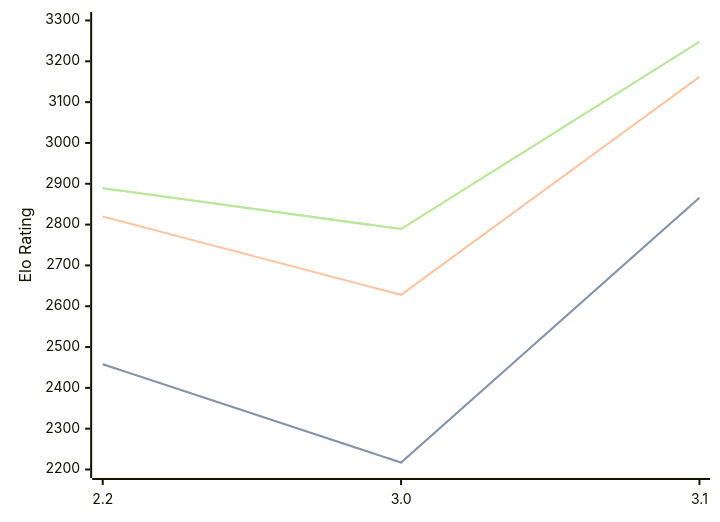
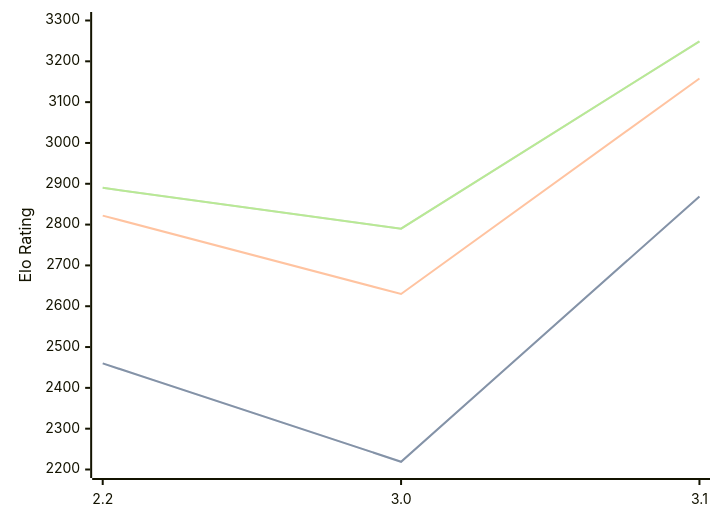
Before and after one commit to computer-chess-index/cci: the diagram in engines/Thrawn.md, drawn with Mermaid. The commit also changed other lines of this file, not shown here.

Commit message:
Update CCI Ratings (ELO VLTC) - 2026-07-24

````diff
--- a/engines/Thrawn.md
+++ b/engines/Thrawn.md
@@ -41,11 +41,11 @@
 ```mermaid
 %%{init: {"theme":"base","themeVariables":{"seriesColors:['#a3a3a3','#222221','#faa371']}}}%%
 xychart-beta
   x-axis ["2.2", "3.0", "3.1"]
   y-axis "Elo Rating" 2200 --> 3300
-  line "STC (8.0+0.08s)" [2458, 2217, 2866]
-  line "STC (8.0+0.08s)" [2458, 2217, 2866]
-  line "LTC (60.0+0.60s)" [2820, 2628, 3162]
-  line "VLTC (2m24s+1.12s)" [2889, 2789, 3248]
-  line "VLTC (2m24s+1.12s)" [2889, 2789, 3248]
+  line "STC (8.0+0.08s)" [2460, 2219, 2869]
+  line "STC (8.0+0.08s)" [2460, 2219, 2869]
+  line "LTC (60.0+0.60s)" [2822, 2630, 3158]
+  line "VLTC (2m24s+1.12s)" [2890, 2790, 3249]
+  line "VLTC (2m24s+1.12s)" [2890, 2790, 3249]
 ```
````
